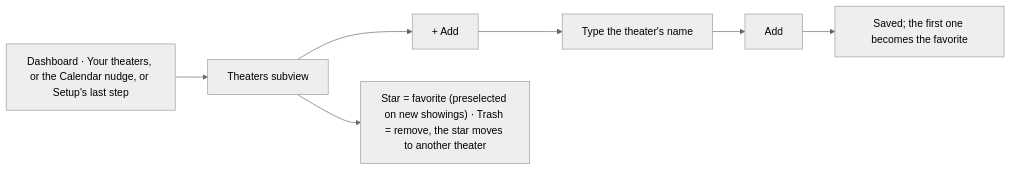
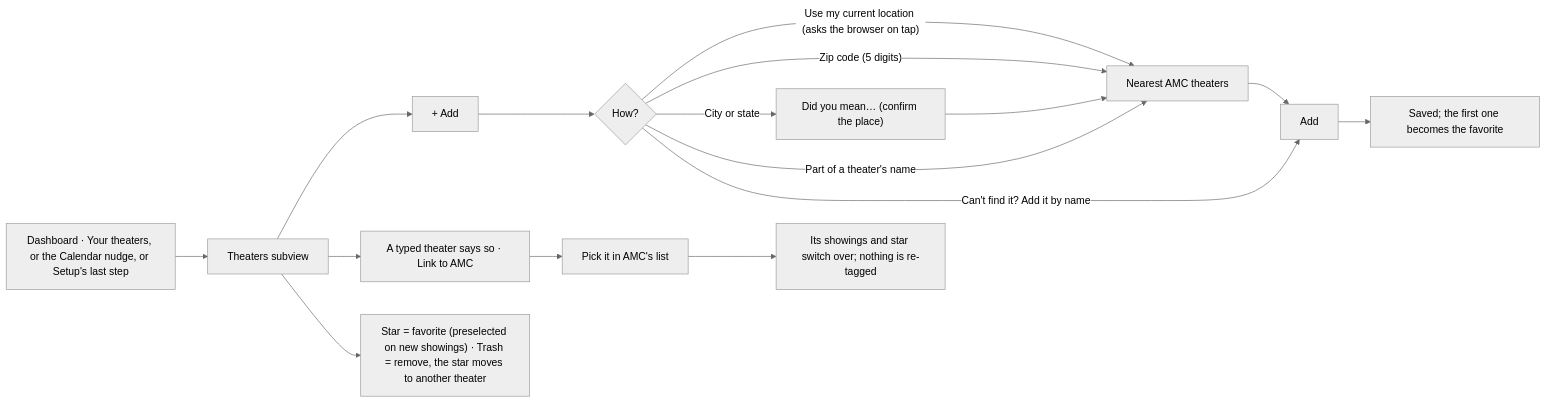
Before and after one commit to NovaMoonX/moondreams-dev-apps: diagram 24 of 25 in src/apps/a-list/UX.md, drawn with Mermaid (neutral theme). The commit also changed other lines of this file and 29 other files, not shown here.

First line of the commit message:
A-List: find, save and favorite AMC theaters (#245)

````diff
--- a/src/apps/a-list/UX.md
+++ b/src/apps/a-list/UX.md
@@ -672,7 +672,13 @@
 ```mermaid
 flowchart LR
     A["Dashboard · Your theaters, or the Calendar nudge, or Setup's last step"] --> B[Theaters subview]
-    B --> C["+ Add"] --> E["Type the theater's name"]
+    B --> C["+ Add"] --> D{How?}
+    D -->|"Use my current location (asks the browser on tap)"| E[Nearest AMC theaters]
+    D -->|"Zip code (5 digits)"| E
+    D -->|"City or state"| P["Did you mean… (confirm the place)"] --> E
+    D -->|"Part of a theater's name"| E
+    D -->|"Can't find it? Add it by name"| F
+    B --> L["A typed theater says so · Link to AMC"] --> E2["Pick it in AMC's list"] --> M["Its showings and star switch over; nothing is re-tagged"]
     E --> F["Add"] --> G["Saved; the first one becomes the favorite"]
     B --> H["Star = favorite (preselected on new showings) · Trash = remove, the star moves to another theater"]
 ```
````
